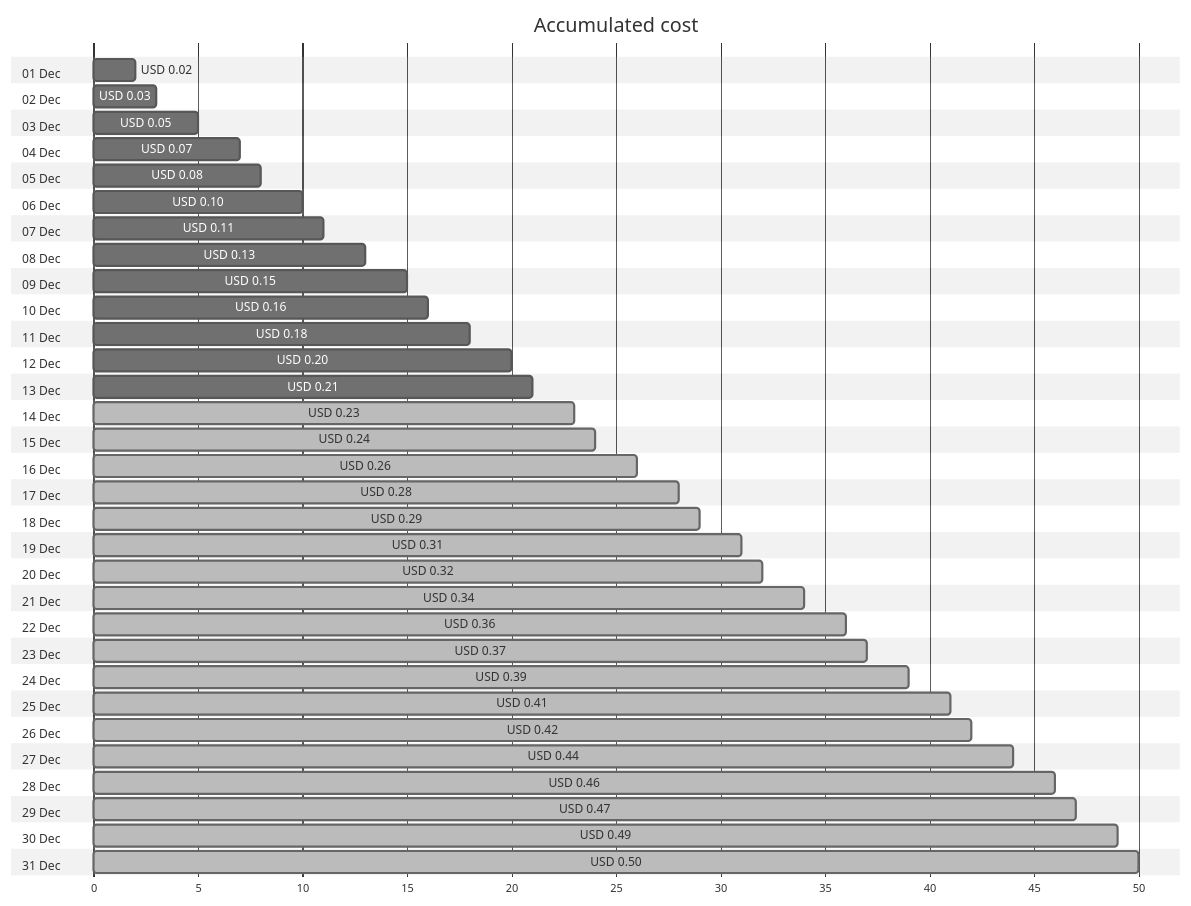
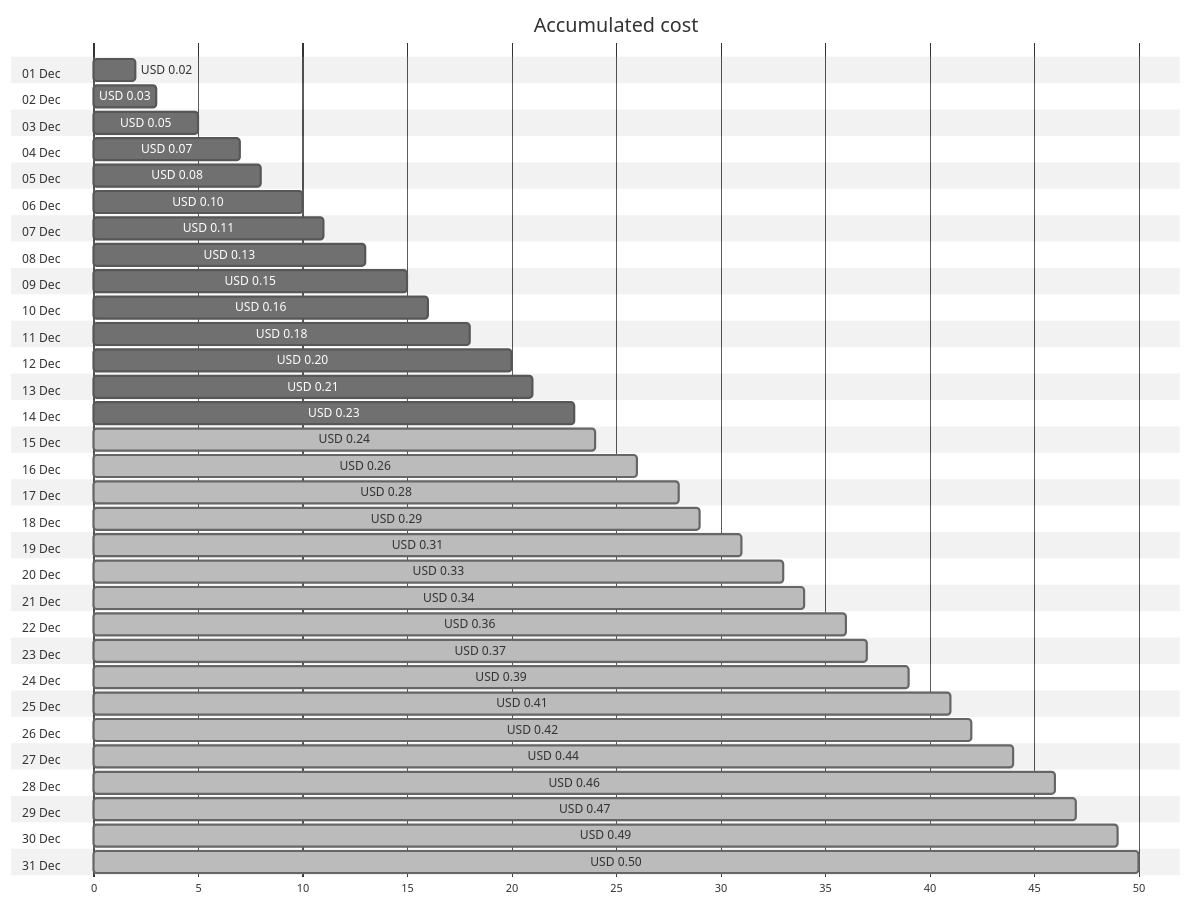
One commit to jpfulton/azure-personal-reports changed the first of 4 diagrams in cost-reports/personal-dns/jpatrickfulton.com.md. Above: the diagram before and after it, drawn with Mermaid (neutral theme). The commit also changed other lines of this file and 2 other files, not shown here.

````diff
--- a/cost-reports/personal-dns/jpatrickfulton.com.md
+++ b/cost-reports/personal-dns/jpatrickfulton.com.md
@@ -20,68 +20,68 @@
 ```mermaid
 gantt
    title Accumulated cost
    dateFormat  X
    axisFormat %s
    section 01 Dec
    USD 0.02 :0, 2
    section 02 Dec
    USD 0.03 :0, 3
    section 03 Dec
    USD 0.05 :0, 5
    section 04 Dec
    USD 0.07 :0, 7
    section 05 Dec
    USD 0.08 :0, 8
    section 06 Dec
    USD 0.10 :0, 10
    section 07 Dec
    USD 0.11 :0, 11
    section 08 Dec
    USD 0.13 :0, 13
    section 09 Dec
    USD 0.15 :0, 15
    section 10 Dec
    USD 0.16 :0, 16
    section 11 Dec
    USD 0.18 :0, 18
    section 12 Dec
    USD 0.20 :0, 20
    section 13 Dec
    USD 0.21 :0, 21
    section 14 Dec
-   USD 0.23 : done, 0, 23
+   USD 0.23 :0, 23
    section 15 Dec
    USD 0.24 : done, 0, 24
    section 16 Dec
    USD 0.26 : done, 0, 26
    section 17 Dec
    USD 0.28 : done, 0, 28
    section 18 Dec
    USD 0.29 : done, 0, 29
    section 19 Dec
    USD 0.31 : done, 0, 31
    section 20 Dec
-   USD 0.32 : done, 0, 32
+   USD 0.33 : done, 0, 33
    section 21 Dec
    USD 0.34 : done, 0, 34
    section 22 Dec
    USD 0.36 : done, 0, 36
    section 23 Dec
    USD 0.37 : done, 0, 37
    section 24 Dec
    USD 0.39 : done, 0, 39
    section 25 Dec
    USD 0.41 : done, 0, 41
    section 26 Dec
    USD 0.42 : done, 0, 42
    section 27 Dec
    USD 0.44 : done, 0, 44
    section 28 Dec
    USD 0.46 : done, 0, 46
    section 29 Dec
    USD 0.47 : done, 0, 47
    section 30 Dec
    USD 0.49 : done, 0, 49
    section 31 Dec
    USD 0.50 : done, 0, 50
 ```
````
